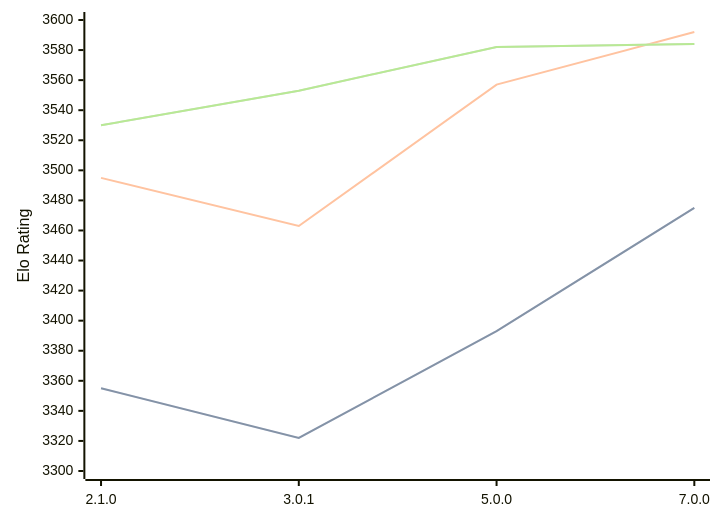
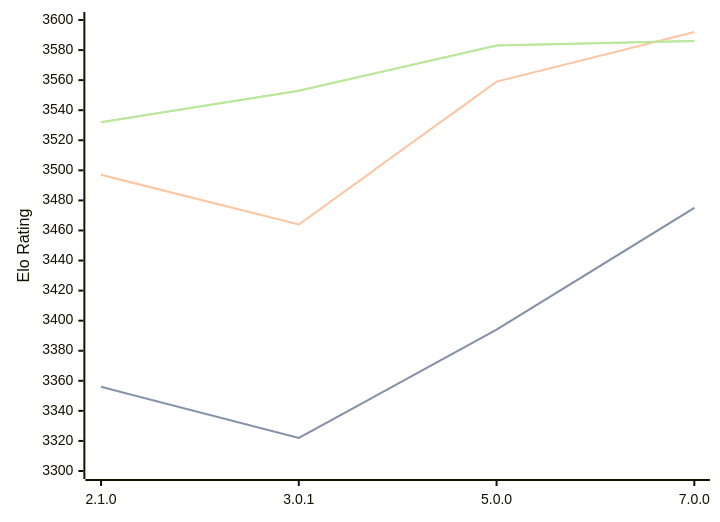
Before and after one commit to computer-chess-index/cci: the diagram in engines/PlentyChess.md, drawn with Mermaid. The commit also changed other lines of this file, not shown here.

Commit message:
Update CCI Ratings (ELO VLTC) - 2026-04-13

````diff
--- a/engines/PlentyChess.md
+++ b/engines/PlentyChess.md
@@ -45,11 +45,11 @@
 ```mermaid
 %%{init: {"theme":"base","themeVariables":{"seriesColors:['#a3a3a3','#222221','#faa371']}}}%%
 xychart-beta
   x-axis ["2.1.0", "3.0.1", "5.0.0", "7.0.0"]
   y-axis "Elo Rating" 3300 --> 3600
-  line "STC (8.0+0.08s)" [3355, 3322, 3393, 3475]
-  line "STC (8.0+0.08s)" [3355, 3322, 3393, 3475]
-  line "LTC (60.0+0.60s)" [3495, 3463, 3557, 3592]
-  line "VLTC (2m24s+1.12s)" [3530, 3553, 3582, 3584]
-  line "VLTC (2m24s+1.12s)" [3530, 3553, 3582, 3584]
+  line "STC (8.0+0.08s)" [3356, 3322, 3394, 3475]
+  line "STC (8.0+0.08s)" [3356, 3322, 3394, 3475]
+  line "LTC (60.0+0.60s)" [3497, 3464, 3559, 3592]
+  line "VLTC (2m24s+1.12s)" [3532, 3553, 3583, 3586]
+  line "VLTC (2m24s+1.12s)" [3532, 3553, 3583, 3586]
 ```
````
